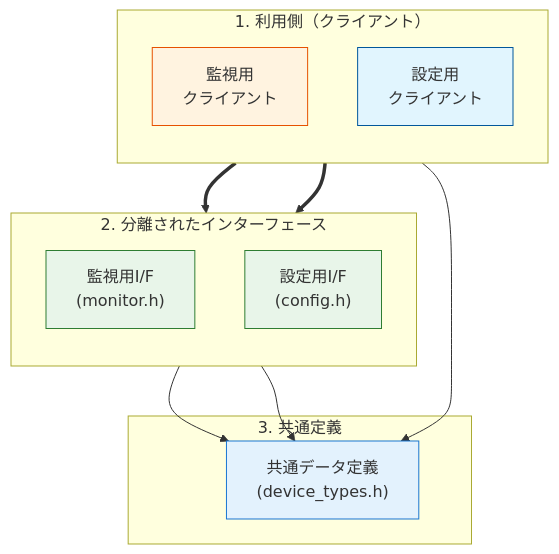
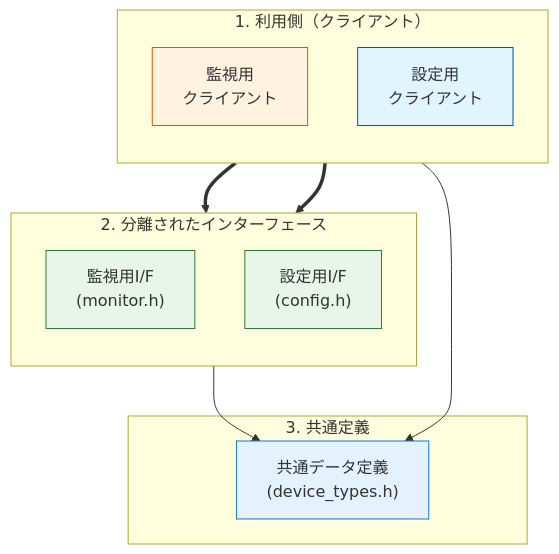
The sixth of 8 diagrams in 02_章別/15_第2部 第11章 インターフェース分離原則 (ISP) 不要な依存の排除とモジュール結合度の最小化_01.md (kumachan1101/BookProject), drawn with Mermaid before and after one commit. The commit also changed other lines of this file and 98 other files, not shown here.

````diff
--- a/02_章別/15_第2部 第11章 インターフェース分離原則 (ISP) 不要な依存の排除とモジュール結合度の最小化_01.md
+++ b/02_章別/15_第2部 第11章 インターフェース分離原則 (ISP) 不要な依存の排除とモジュール結合度の最小化_01.md
@@ -278,36 +278,35 @@
 ```mermaid
 graph TB
       %% 1. クライアント層
       subgraph Clients ["1. 利用側（クライアント）"]
           direction TB
           Monitor["監視用<br/>クライアント"]
           Configurator["設定用<br/>クライアント"]
       end
 
       %% 2. 抽象層
       subgraph Headers ["2. 分離されたインターフェース"]
           direction TB
           DM["監視用I/F<br/>(monitor.h)"]
           DC["設定用I/F<br/>(config.h)"]
       end
 
       subgraph Common ["3. 共通定義"]
           DT["共通データ定義<br/>(device_types.h)"]
       end
 
       %% 接続関係：必要なインターフェースのみを参照
       Monitor ==> DM
       Configurator ==> DC
 
       %% 共通定義への依存
       DC --> DT
-      DM --> DT
       Configurator --> DT
 
       %% スタイル設定
       style DM fill:#e8f5e9,stroke:#2e7d32
       style DC fill:#e8f5e9,stroke:#2e7d32
       style DT fill:#e3f2fd,stroke:#1976d2
       style Monitor fill:#fff3e0,stroke:#e65100
       style Configurator fill:#e1f5fe,stroke:#01579b
 ```
````
